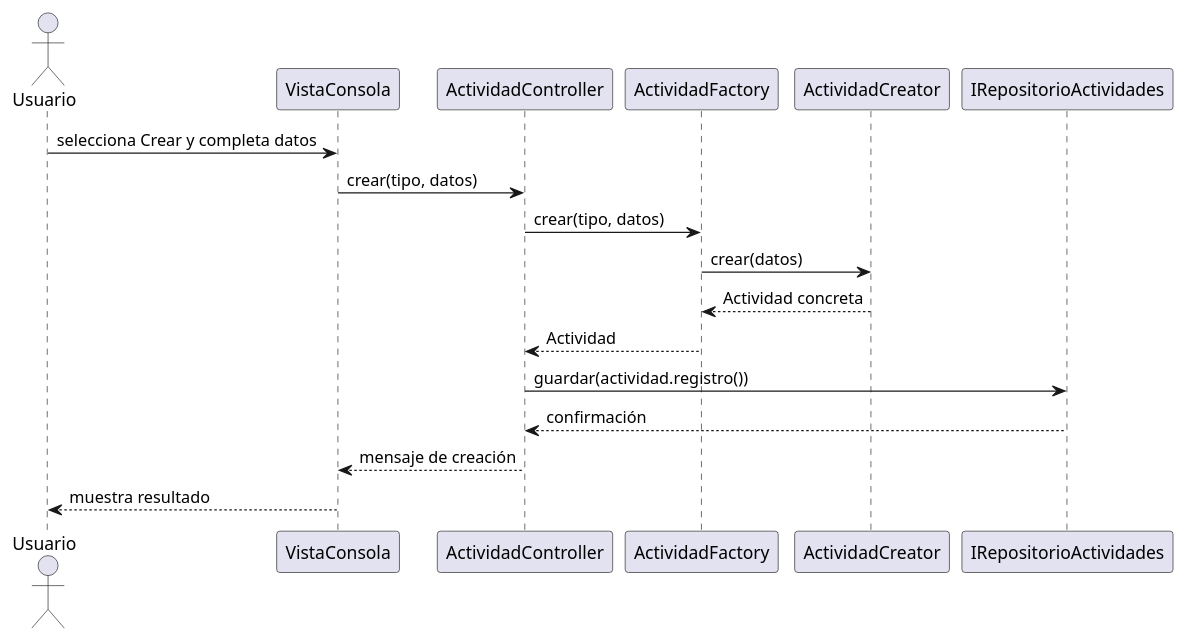
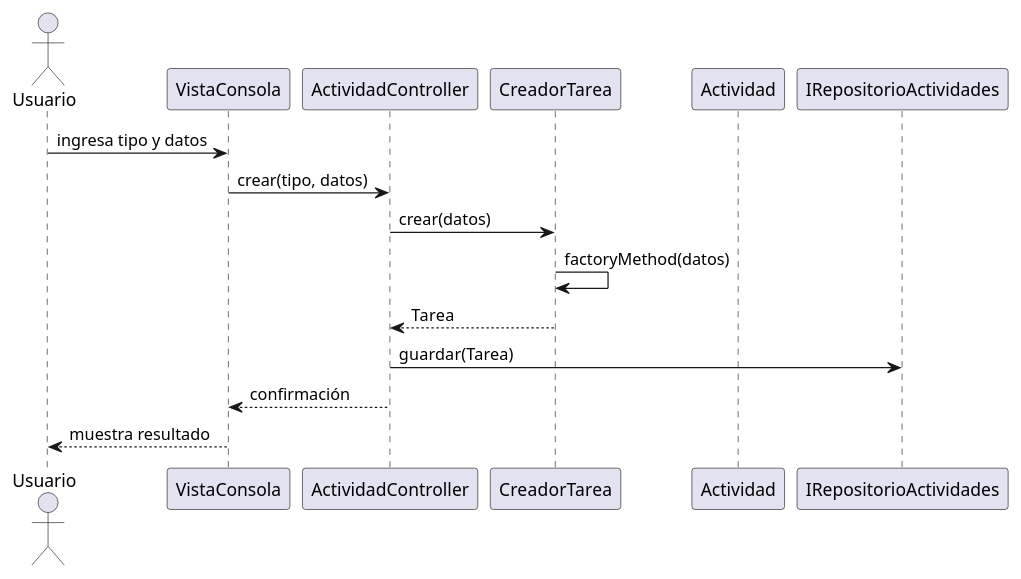
The diagram in Laboratorio09/diagrams/secuencia-crear.puml (MauroSullcaMamani/Laboratorio-de-Tecnolog-a-de-Objetos), drawn with PlantUML before and after one commit. The commit also changed 33 other files, not shown here.

```diff
--- a/Laboratorio09/diagrams/secuencia-crear.puml
+++ b/Laboratorio09/diagrams/secuencia-crear.puml
@@ -1,19 +1,17 @@
 @startuml
 actor Usuario
 participant VistaConsola as Vista
 participant ActividadController as Controlador
-participant ActividadFactory as Fabrica
-participant ActividadCreator as Creador
+participant CreadorTarea as Creador
+participant Actividad as Producto
 participant IRepositorioActividades as Repositorio
 
-Usuario -> Vista : selecciona Crear y completa datos
+Usuario -> Vista : ingresa tipo y datos
 Vista -> Controlador : crear(tipo, datos)
-Controlador -> Fabrica : crear(tipo, datos)
-Fabrica -> Creador : crear(datos)
-Creador --> Fabrica : Actividad concreta
-Fabrica --> Controlador : Actividad
-Controlador -> Repositorio : guardar(actividad.registro())
-Repositorio --> Controlador : confirmación
-Controlador --> Vista : mensaje de creación
+Controlador -> Creador : crear(datos)
+Creador -> Creador : factoryMethod(datos)
+Creador --> Controlador : Tarea
+Controlador -> Repositorio : guardar(Tarea)
+Controlador --> Vista : confirmación
 Vista --> Usuario : muestra resultado
 @enduml
```
